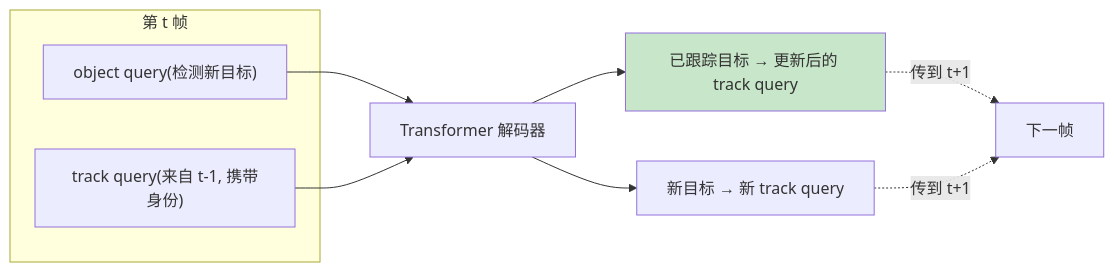
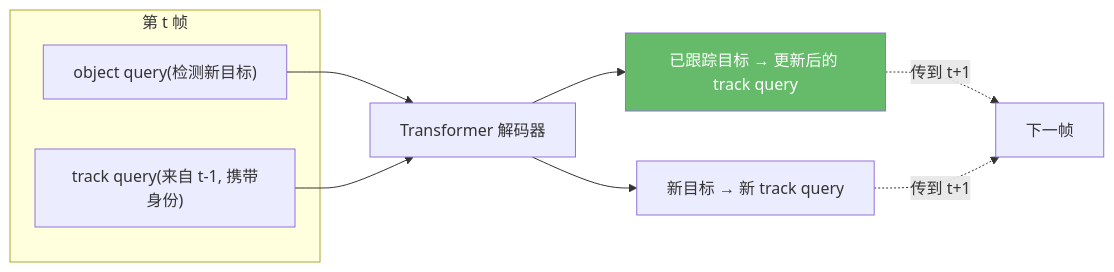
Before and after one commit to yyq19990828/onnxtools: the first of 5 diagrams in docs/guides/tracking/transformer-mot.md, drawn with Mermaid. The commit also changed other lines of this file and 12 other files, not shown here.

First line of the commit message:
fix(docs): 修复 mermaid 暗色模式配色 + 语法报错 + 数学公式渲染

````diff
--- a/docs/guides/tracking/transformer-mot.md
+++ b/docs/guides/tracking/transformer-mot.md
@@ -13,14 +13,14 @@
 ```mermaid
 graph LR
     subgraph 第 t 帧
         OQ["object query(检测新目标)"]
         TQ_in["track query(来自 t-1, 携带身份)"]
     end
     OQ --> DEC["Transformer 解码器"]
     TQ_in --> DEC
     DEC --> NEW["新目标 → 新 track query"]
     DEC --> TQ_out["已跟踪目标 → 更新后的 track query"]
     TQ_out -.传到 t+1.-> NEXT["下一帧"]
     NEW -.传到 t+1.-> NEXT
-    style TQ_out fill:#c8e6c9
+    style TQ_out fill:#66bb6a,color:#fff
 ```
````
